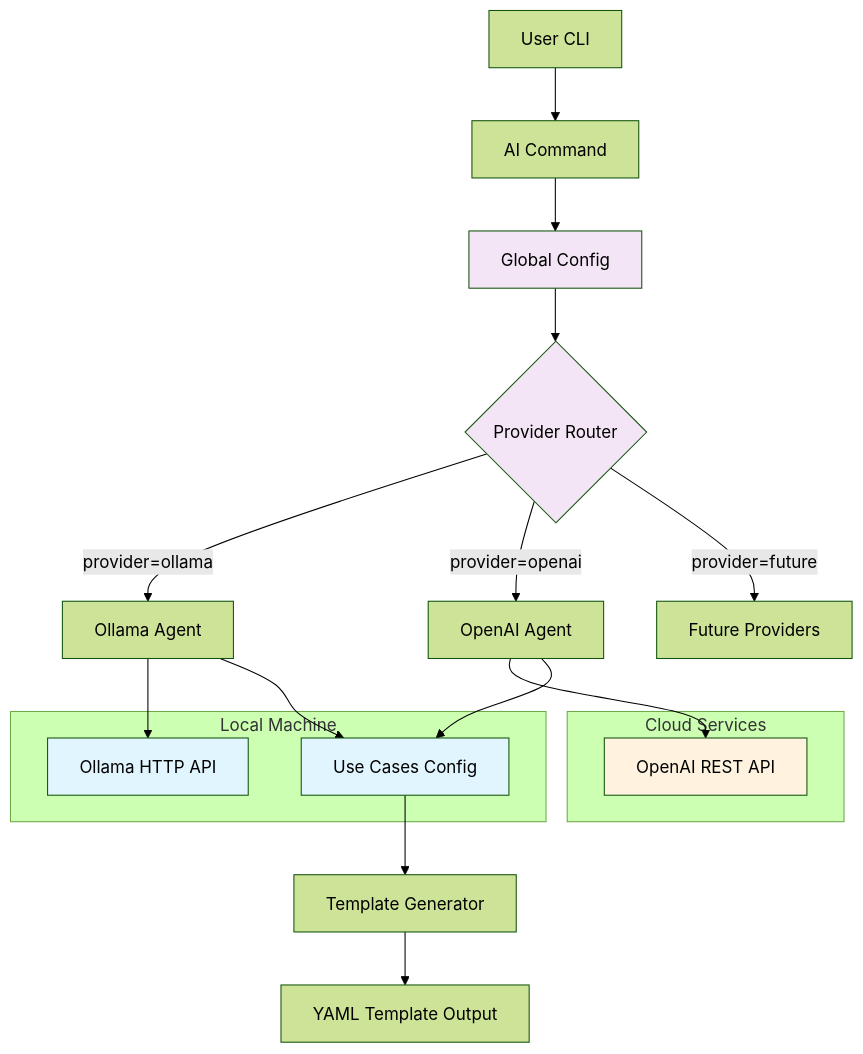
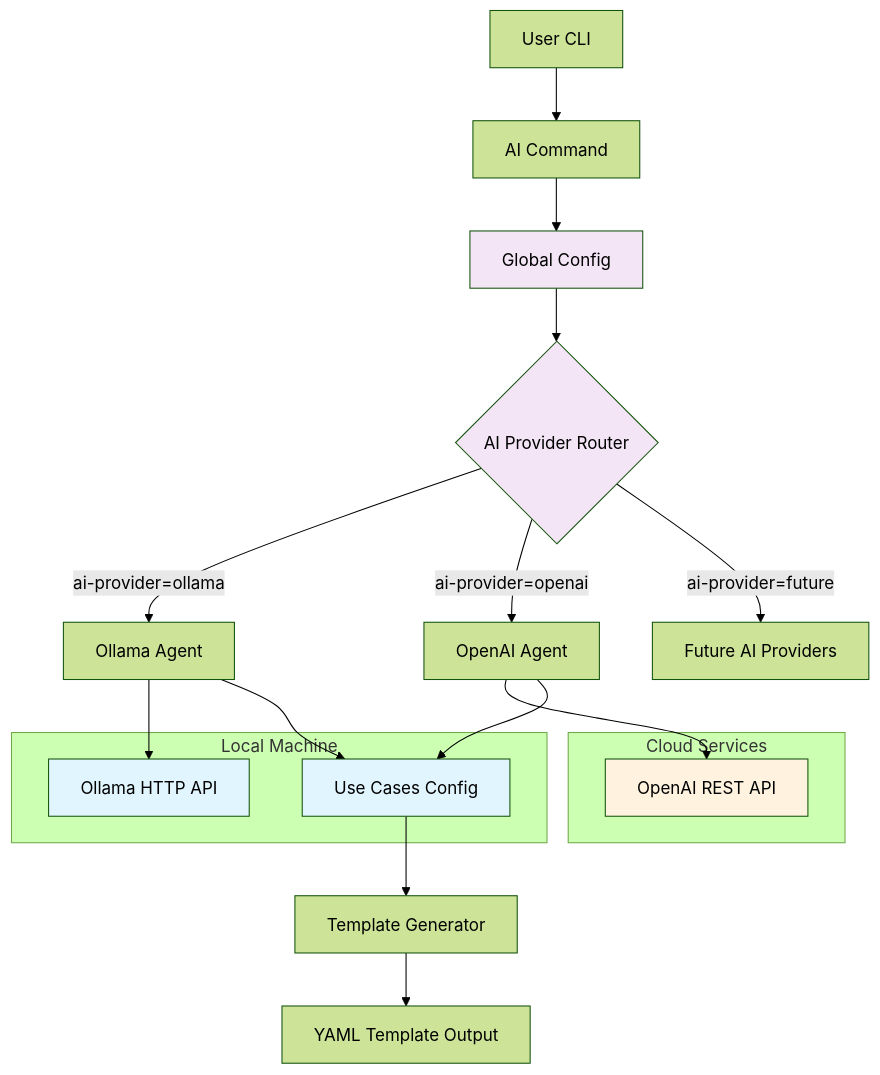
The first of 3 diagrams in docs/architecture/os-oimage-composer-ai-asistant.md (open-edge-platform/os-image-composer), drawn with Mermaid (forest theme) before and after one commit. The commit also changed other lines of this file, not shown here.

````diff
--- a/docs/architecture/os-oimage-composer-ai-asistant.md
+++ b/docs/architecture/os-oimage-composer-ai-asistant.md
@@ -76,36 +84,36 @@
 ```mermaid
 graph TB
     User[User CLI] --> AICommand[AI Command]
     AICommand --> Config[Global Config]
-    Config --> Provider{Provider Router}
+    Config --> AIProvider{AI Provider Router}
     
-    Provider -->|provider=ollama| OllamaAgent[Ollama Agent]
-    Provider -->|provider=openai| OpenAIAgent[OpenAI Agent]
-    Provider -->|provider=future| FutureAgent[Future Providers]
+    AIProvider -->|ai-provider=ollama| OllamaAgent[Ollama Agent]
+    AIProvider -->|ai-provider=openai| OpenAIAgent[OpenAI Agent]
+    AIProvider -->|ai-provider=future| FutureAgent[Future AI Providers]
     
     OllamaAgent --> OllamaAPI[Ollama HTTP API]
     OpenAIAgent --> OpenAIAPI[OpenAI REST API]
     
     OllamaAgent --> UseCases[Use Cases Config]
     OpenAIAgent --> UseCases
     
     UseCases --> TemplateGen[Template Generator]
     TemplateGen --> YAMLOut[YAML Template Output]
     
     subgraph "Local Machine"
         OllamaAPI
         UseCases
     end
     
     subgraph "Cloud Services"
         OpenAIAPI
     end
     
     classDef local fill:#e1f5fe
     classDef cloud fill:#fff3e0
     classDef config fill:#f3e5f5
     
     class OllamaAPI,UseCases local
     class OpenAIAPI cloud
-    class Config,Provider config
+    class Config,AIProvider config
 ```
````
